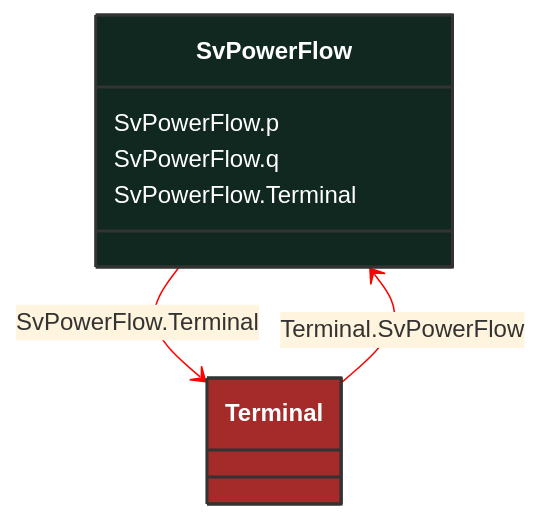
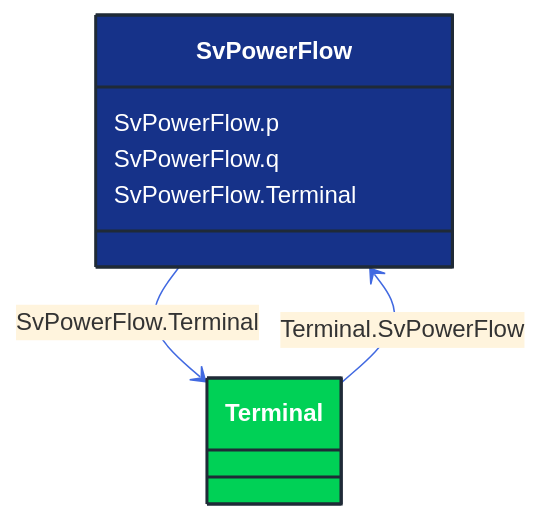
One commit to 3lbits/NoCIMExtensions changed the diagram in docs/Models/Profiles/StateVariables/ConcreteClasses/SvPowerFlow.md. Above: the diagram before and after it, drawn with Mermaid. The commit also changed 362 other files, not shown here.

First line of the commit message:
Update diagrams and styles for improved visual consistency

````diff
--- a/docs/Models/Profiles/StateVariables/ConcreteClasses/SvPowerFlow.md
+++ b/docs/Models/Profiles/StateVariables/ConcreteClasses/SvPowerFlow.md
@@ -8,24 +8,24 @@
 ```mermaid
-%%{init: {'theme':'base','themeVariables': {'lineColor': '#FF0000'}}}%%
+%%{init: {'theme':'base','themeVariables': {'lineColor': '#4169E1'}}}%%
 classDiagram
     class SvPowerFlow
     click SvPowerFlow href "/Models/Profiles/StateVariables/ConcreteClasses/SvPowerFlow/"
-    style SvPowerFlow fill:#102820,stroke:#333,stroke-width:2px,rx:10,ry:10,color:white
+    style SvPowerFlow fill:#163289,stroke:#1F2A37,stroke-width:2px,rx:10,ry:10,color:white
 
         SvPowerFlow --> Terminal : SvPowerFlow.Terminal
 
         Terminal
             click Terminal href "/Models/Profiles/StateVariables/ConcreteClasses/Terminal/"
-            style Terminal fill:#A52A2A,stroke:#333,stroke-width:2px,rx:10,ry:10,color:white
+            style Terminal fill:#00D156,stroke:#1F2A37,stroke-width:2px,rx:10,ry:10,color:white
 
         Terminal --> SvPowerFlow : Terminal.SvPowerFlow
 
         Terminal
             click Terminal href "/Models/Profiles/StateVariables/ConcreteClasses/Terminal/"
-            style Terminal fill:#A52A2A,stroke:#333,stroke-width:2px,rx:10,ry:10,color:white
+            style Terminal fill:#00D156,stroke:#1F2A37,stroke-width:2px,rx:10,ry:10,color:white
 
 
         SvPowerFlow : SvPowerFlow.p
         SvPowerFlow : SvPowerFlow.q
         SvPowerFlow : SvPowerFlow.Terminal
 ```
````
